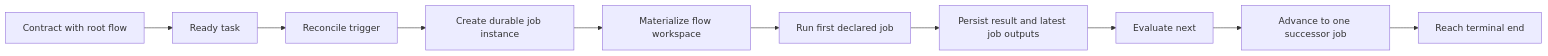
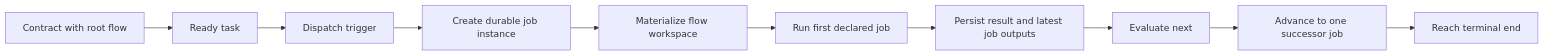
The diagram in docs/reference/runtime/end-to-end-walkthrough.md (mantoni/pravaha), drawn with Mermaid before and after one commit. The commit also changed other lines of this file and 32 other files, not shown here.

````diff
--- a/docs/reference/runtime/end-to-end-walkthrough.md
+++ b/docs/reference/runtime/end-to-end-walkthrough.md
@@ -22,12 +22,12 @@
 ```mermaid
 graph LR
   A["Contract with root flow"] --> B["Ready task"]
-  B --> C["Reconcile trigger"]
+  B --> C["Dispatch trigger"]
   C --> D["Create durable job instance"]
   D --> E["Materialize flow workspace"]
   E --> F["Run first declared job"]
   F --> G["Persist result and latest job outputs"]
   G --> H["Evaluate next"]
   H --> I["Advance to one successor job"]
   I --> J["Reach terminal end"]
 ```
````
